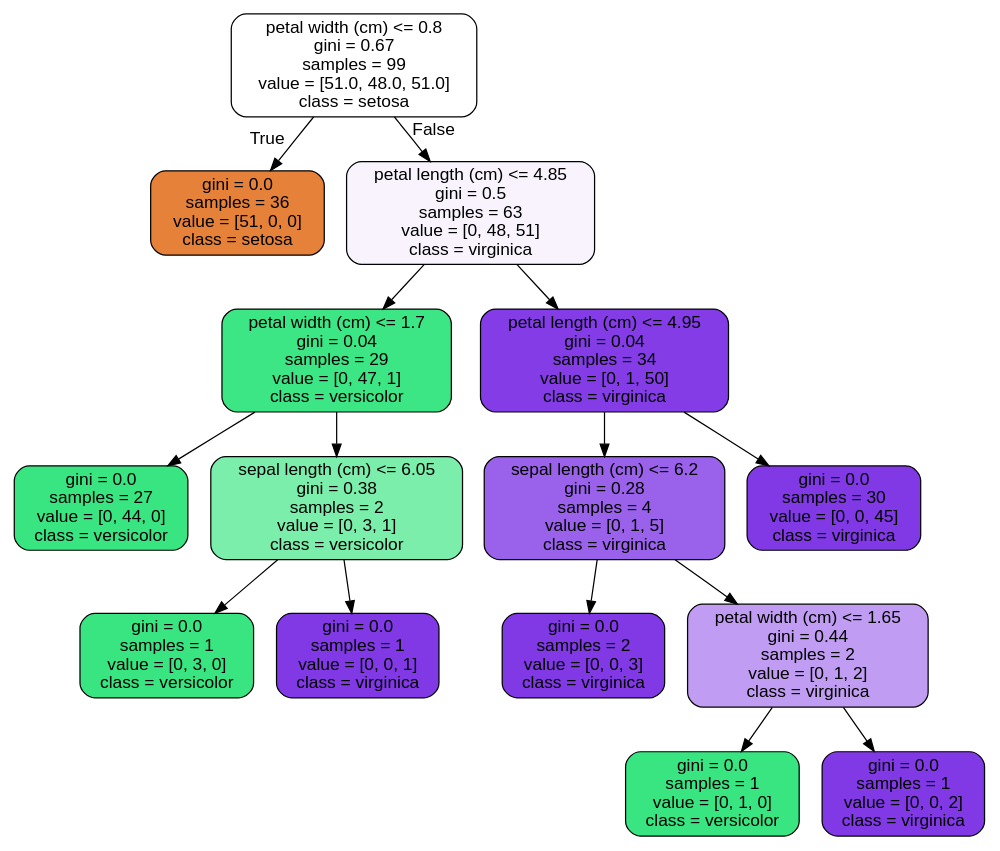
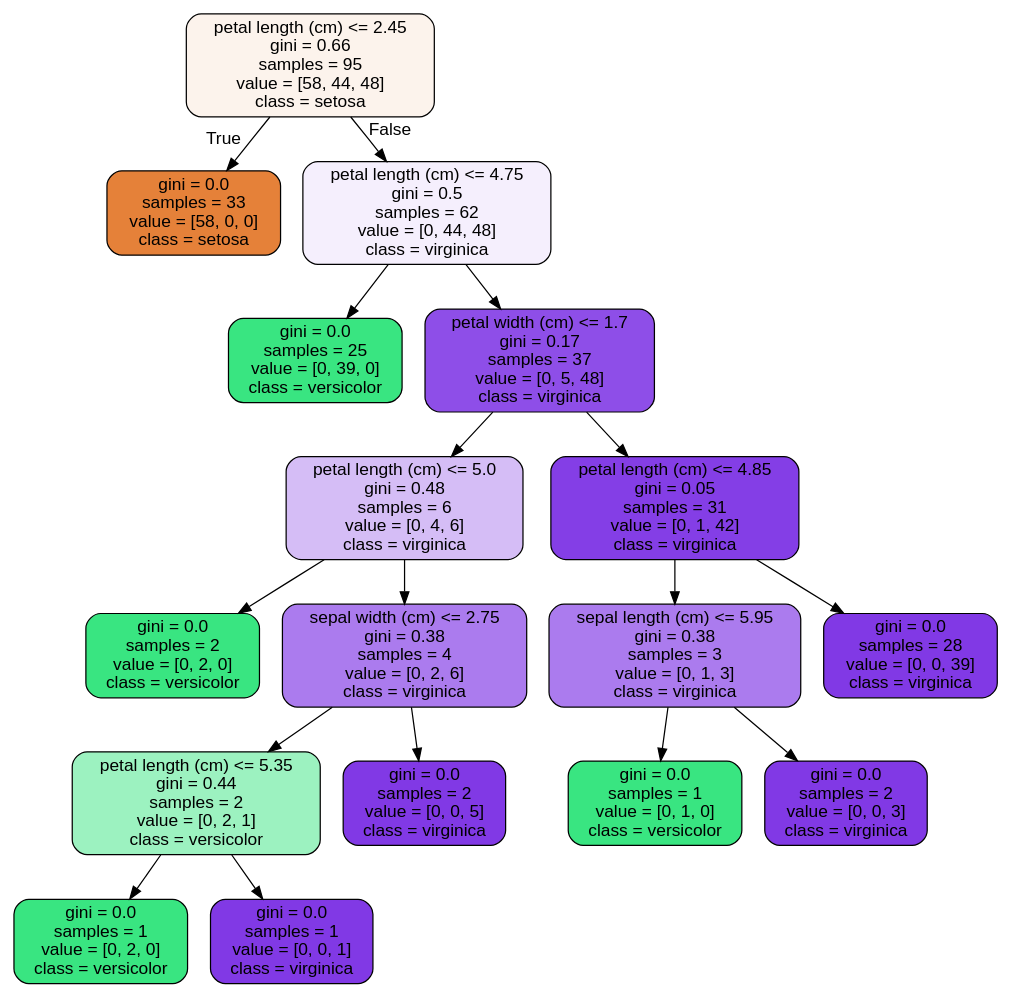
Before and after one commit to bonisadar/Data-Science-bootcamp: the diagram in RandomForest_Covid_Case_Study/tree.dot, drawn with Graphviz. The commit also changed 3 other files, not shown here.

```diff
--- a/RandomForest_Covid_Case_Study/tree.dot
+++ b/RandomForest_Covid_Case_Study/tree.dot
@@ -1,33 +1,37 @@
 digraph Tree {
 node [shape=box, style="filled, rounded", color="black", fontname="helvetica"] ;
 edge [fontname="helvetica"] ;
-0 [label="petal width (cm) <= 0.8\ngini = 0.67\nsamples = 99\nvalue = [51.0, 48.0, 51.0]\nclass = setosa", fillcolor="#ffffff"] ;
-1 [label="gini = 0.0\nsamples = 36\nvalue = [51, 0, 0]\nclass = setosa", fillcolor="#e58139"] ;
+0 [label="petal length (cm) <= 2.45\ngini = 0.66\nsamples = 95\nvalue = [58, 44, 48]\nclass = setosa", fillcolor="#fcf3ec"] ;
+1 [label="gini = 0.0\nsamples = 33\nvalue = [58, 0, 0]\nclass = setosa", fillcolor="#e58139"] ;
 0 -> 1 [labeldistance=2.5, labelangle=45, headlabel="True"] ;
-2 [label="petal length (cm) <= 4.85\ngini = 0.5\nsamples = 63\nvalue = [0, 48, 51]\nclass = virginica", fillcolor="#f8f3fd"] ;
+2 [label="petal length (cm) <= 4.75\ngini = 0.5\nsamples = 62\nvalue = [0, 44, 48]\nclass = virginica", fillcolor="#f5effd"] ;
 0 -> 2 [labeldistance=2.5, labelangle=-45, headlabel="False"] ;
-3 [label="petal width (cm) <= 1.7\ngini = 0.04\nsamples = 29\nvalue = [0, 47, 1]\nclass = versicolor", fillcolor="#3de684"] ;
+3 [label="gini = 0.0\nsamples = 25\nvalue = [0, 39, 0]\nclass = versicolor", fillcolor="#39e581"] ;
 2 -> 3 ;
-4 [label="gini = 0.0\nsamples = 27\nvalue = [0, 44, 0]\nclass = versicolor", fillcolor="#39e581"] ;
-3 -> 4 ;
-5 [label="sepal length (cm) <= 6.05\ngini = 0.38\nsamples = 2\nvalue = [0, 3, 1]\nclass = versicolor", fillcolor="#7beeab"] ;
-3 -> 5 ;
-6 [label="gini = 0.0\nsamples = 1\nvalue = [0, 3, 0]\nclass = versicolor", fillcolor="#39e581"] ;
+4 [label="petal width (cm) <= 1.7\ngini = 0.17\nsamples = 37\nvalue = [0, 5, 48]\nclass = virginica", fillcolor="#8e4ee8"] ;
+2 -> 4 ;
+5 [label="petal length (cm) <= 5.0\ngini = 0.48\nsamples = 6\nvalue = [0, 4, 6]\nclass = virginica", fillcolor="#d5bdf6"] ;
+4 -> 5 ;
+6 [label="gini = 0.0\nsamples = 2\nvalue = [0, 2, 0]\nclass = versicolor", fillcolor="#39e581"] ;
 5 -> 6 ;
-7 [label="gini = 0.0\nsamples = 1\nvalue = [0, 0, 1]\nclass = virginica", fillcolor="#8139e5"] ;
+7 [label="sepal width (cm) <= 2.75\ngini = 0.38\nsamples = 4\nvalue = [0, 2, 6]\nclass = virginica", fillcolor="#ab7bee"] ;
 5 -> 7 ;
-8 [label="petal length (cm) <= 4.95\ngini = 0.04\nsamples = 34\nvalue = [0, 1, 50]\nclass = virginica", fillcolor="#843de6"] ;
-2 -> 8 ;
-9 [label="sepal length (cm) <= 6.2\ngini = 0.28\nsamples = 4\nvalue = [0, 1, 5]\nclass = virginica", fillcolor="#9a61ea"] ;
+8 [label="petal length (cm) <= 5.35\ngini = 0.44\nsamples = 2\nvalue = [0, 2, 1]\nclass = versicolor", fillcolor="#9cf2c0"] ;
+7 -> 8 ;
+9 [label="gini = 0.0\nsamples = 1\nvalue = [0, 2, 0]\nclass = versicolor", fillcolor="#39e581"] ;
 8 -> 9 ;
-10 [label="gini = 0.0\nsamples = 2\nvalue = [0, 0, 3]\nclass = virginica", fillcolor="#8139e5"] ;
-9 -> 10 ;
-11 [label="petal width (cm) <= 1.65\ngini = 0.44\nsamples = 2\nvalue = [0, 1, 2]\nclass = virginica", fillcolor="#c09cf2"] ;
-9 -> 11 ;
-12 [label="gini = 0.0\nsamples = 1\nvalue = [0, 1, 0]\nclass = versicolor", fillcolor="#39e581"] ;
-11 -> 12 ;
-13 [label="gini = 0.0\nsamples = 1\nvalue = [0, 0, 2]\nclass = virginica", fillcolor="#8139e5"] ;
-11 -> 13 ;
-14 [label="gini = 0.0\nsamples = 30\nvalue = [0, 0, 45]\nclass = virginica", fillcolor="#8139e5"] ;
-8 -> 14 ;
+10 [label="gini = 0.0\nsamples = 1\nvalue = [0, 0, 1]\nclass = virginica", fillcolor="#8139e5"] ;
+8 -> 10 ;
+11 [label="gini = 0.0\nsamples = 2\nvalue = [0, 0, 5]\nclass = virginica", fillcolor="#8139e5"] ;
+7 -> 11 ;
+12 [label="petal length (cm) <= 4.85\ngini = 0.05\nsamples = 31\nvalue = [0, 1, 42]\nclass = virginica", fillcolor="#843ee6"] ;
+4 -> 12 ;
+13 [label="sepal length (cm) <= 5.95\ngini = 0.38\nsamples = 3\nvalue = [0, 1, 3]\nclass = virginica", fillcolor="#ab7bee"] ;
+12 -> 13 ;
+14 [label="gini = 0.0\nsamples = 1\nvalue = [0, 1, 0]\nclass = versicolor", fillcolor="#39e581"] ;
+13 -> 14 ;
+15 [label="gini = 0.0\nsamples = 2\nvalue = [0, 0, 3]\nclass = virginica", fillcolor="#8139e5"] ;
+13 -> 15 ;
+16 [label="gini = 0.0\nsamples = 28\nvalue = [0, 0, 39]\nclass = virginica", fillcolor="#8139e5"] ;
+12 -> 16 ;
 }
```
